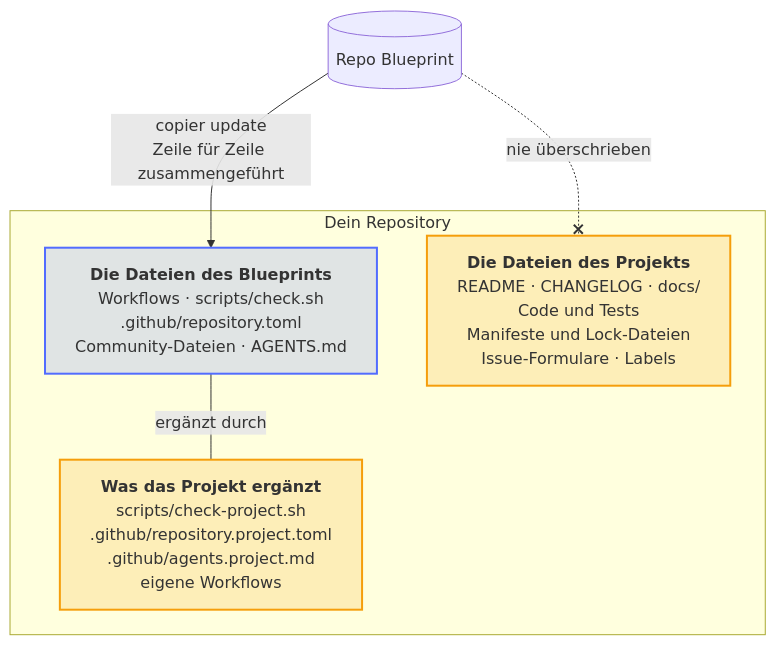
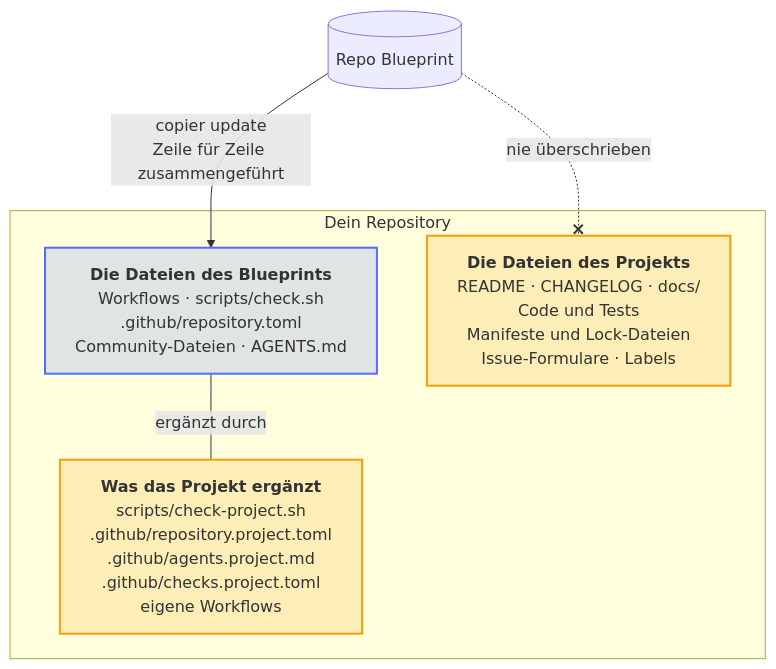
The diagram in docs/diagrams/what-belongs-to-the-blueprint-and-what-to-the-project.de.mmd (Dennis-Otto/repo-blueprint), drawn with Mermaid before and after one commit. The commit also changed 59 other files, not shown here.

```diff
--- a/docs/diagrams/what-belongs-to-the-blueprint-and-what-to-the-project.de.mmd
+++ b/docs/diagrams/what-belongs-to-the-blueprint-and-what-to-the-project.de.mmd
@@ -1,25 +1,25 @@
 ---
 config:
   flowchart:
     wrappingWidth: 400
 ---
 flowchart TB
     accTitle: Was dem Blueprint gehört und was dem Projekt
     accDescr: copier update bringt die Änderungen der Dateien des Blueprints, Zeile für Zeile mit den Änderungen des Repositorys zusammengeführt, und überschreibt nie die Dateien des Projekts. Ein Projekt ergänzt eigene Prüfungen, Einstellungen, Notizen für Coding-Agents und Workflows neben denen des Blueprints.
 
     blueprint[("Repo Blueprint")]
 
     subgraph repo ["Dein Repository"]
         theirs["`**Die Dateien des Blueprints**<br>Workflows · scripts/check.sh<br>.github/repository.toml<br>Community-Dateien · AGENTS.md`"]
         mine["`**Die Dateien des Projekts**<br>README · CHANGELOG · docs/<br>Code und Tests<br>Manifeste und Lock-Dateien<br>Issue-Formulare · Labels`"]
-        adds["`**Was das Projekt ergänzt**<br>scripts/check-project.sh<br>.github/repository.project.toml<br>.github/agents.project.md<br>eigene Workflows`"]
+        adds["`**Was das Projekt ergänzt**<br>scripts/check-project.sh<br>.github/repository.project.toml<br>.github/agents.project.md<br>.github/checks.project.toml<br>eigene Workflows`"]
     end
 
     blueprint -- "copier update<br>Zeile für Zeile zusammengeführt" --> theirs
     blueprint -. "nie überschrieben" .-x mine
     theirs -- "ergänzt durch" --- adds
 
     classDef bot fill:#526cfe2e,stroke:#526cfe,stroke-width:2px
     classDef person fill:#f59e0b2e,stroke:#f59e0b,stroke-width:2px
     class theirs bot
     class mine,adds person
```
